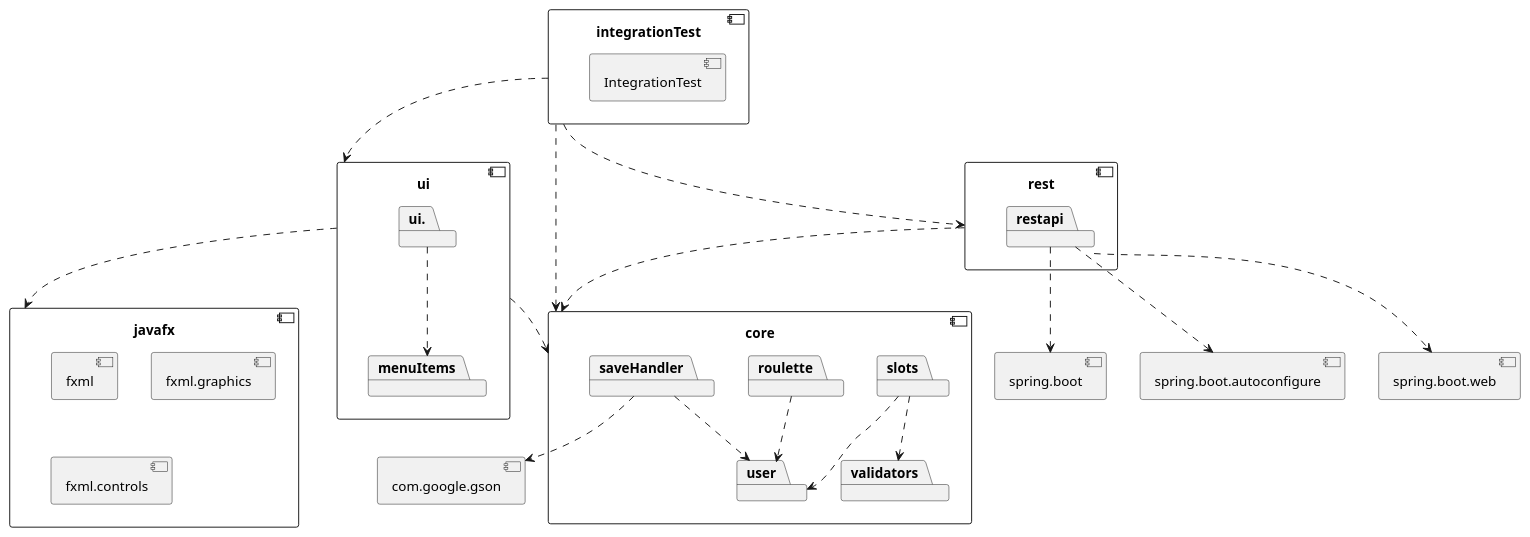
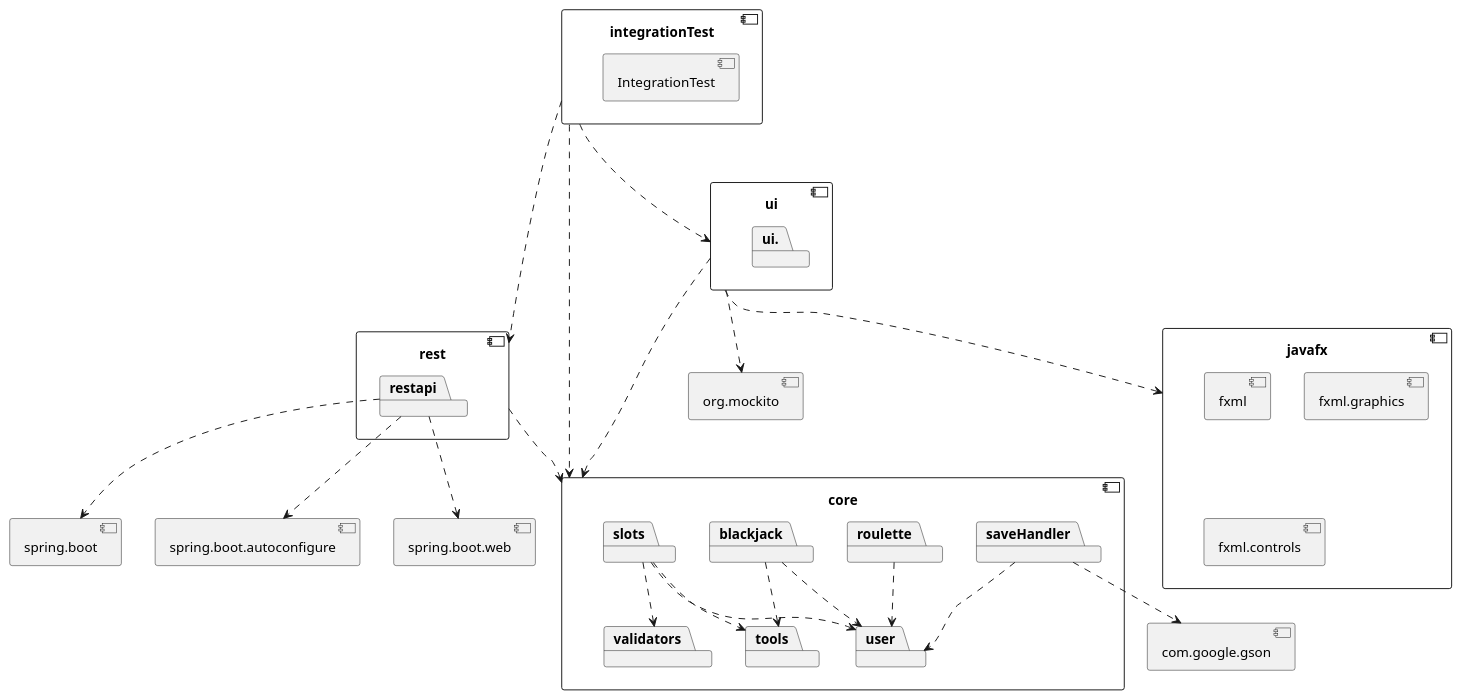
One commit to CzternastyHembre/IT1901-ITP changed the diagram in casino/architecture.puml. Above: the diagram before and after it, drawn with PlantUML.

Commit message:
docs: updated UML code
Updated UML code for architecture

Issue: #83

```diff
--- a/casino/architecture.puml
+++ b/casino/architecture.puml
@@ -1,62 +1,69 @@
 @startuml
 
 component core {
 	package saveHandler
 	package roulette
 	package user
 	package slots
 	package validators
+	package blackjack
+	package tools
 }
 
 saveHandler ..> user
 slots ..> validators
 slots ..> user
 roulette ..> user
 saveHandler ..> com.google.gson
+slots ..> tools
+blackjack ..> tools
+blackjack ..> user
 
 component ui {
 	package ui.
-	package menuItems
 }
 
-ui. ..> menuItems
 
 component com.google.gson {
 }
 
 component javafx {
 	component fxml
 	component fxml.graphics
 	component fxml.controls
 }
 
 ui ..> javafx
-ui ..> core
+ui ...> core
+ui ..> org.mockito
 
 component rest {
 	package restapi
 }
 
 component spring.boot.web {
 }
 
 component spring.boot{
 }
 
 component spring.boot.autoconfigure{
 }
 
+component org.mockito{
+}
+
 restapi ..> spring.boot
 restapi ..> spring.boot.autoconfigure
 restapi ..> spring.boot.web
 
 component integrationTest {
 	 component IntegrationTest
 }
 
-integrationTest ..> ui
-integrationTest ..> core
-integrationTest ..> rest
+integrationTest ...> ui
+integrationTest ...> core
+integrationTest ...> rest
 rest ..> core
 
 @enduml
```
